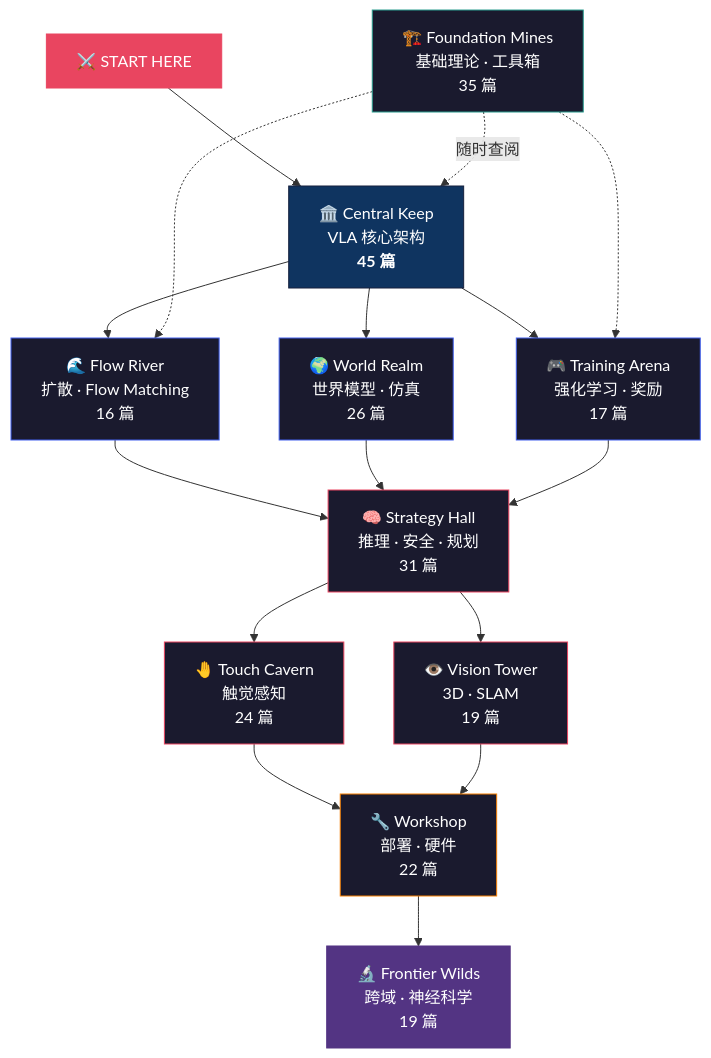
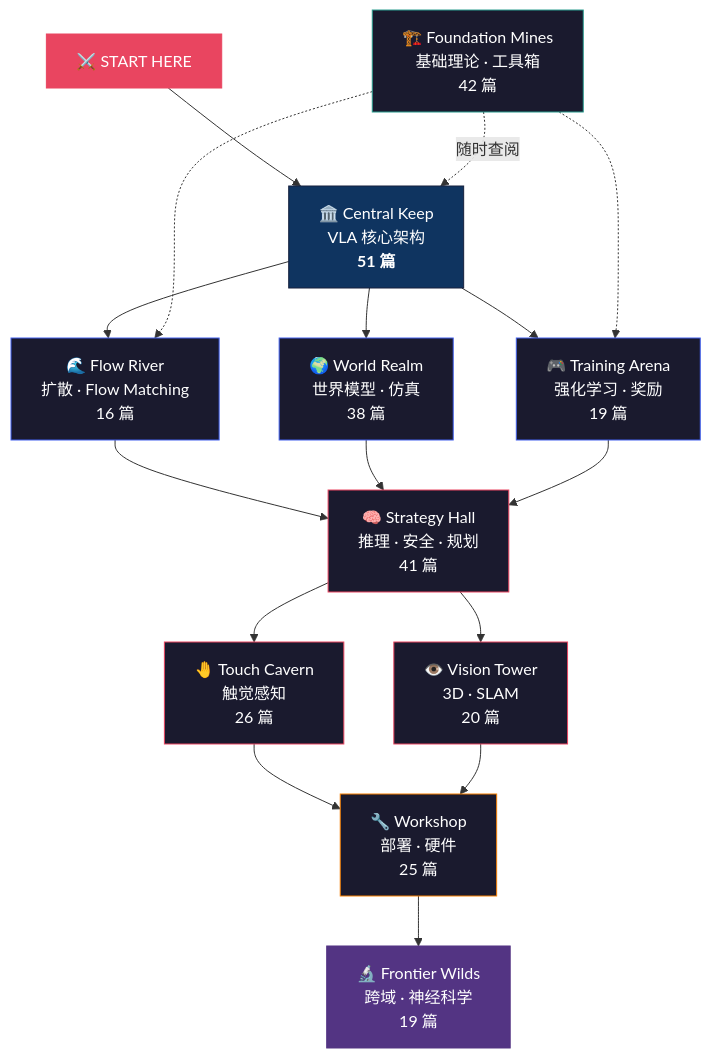
One commit to sou350121/VLA-Handbook changed the diagram in theory/README.md. Above: the diagram before and after it, drawn with Mermaid. The commit also changed other lines of this file, not shown here.

````diff
--- a/theory/README.md
+++ b/theory/README.md
@@ -27,36 +27,36 @@
 ```mermaid
 graph TD
-    START["⚔️ START HERE"] --> CORE["🏛️ Central Keep<br/>VLA 核心架构<br/><b>45 篇</b>"]
+    START["⚔️ START HERE"] --> CORE["🏛️ Central Keep<br/>VLA 核心架构<br/><b>51 篇</b>"]
 
     CORE --> FLOW["🌊 Flow River<br/>扩散 · Flow Matching<br/>16 篇"]
-    CORE --> WORLD["🌍 World Realm<br/>世界模型 · 仿真<br/>26 篇"]
-    CORE --> RL["🎮 Training Arena<br/>强化学习 · 奖励<br/>17 篇"]
+    CORE --> WORLD["🌍 World Realm<br/>世界模型 · 仿真<br/>38 篇"]
+    CORE --> RL["🎮 Training Arena<br/>强化学习 · 奖励<br/>19 篇"]
 
-    FLOW --> PLAN["🧠 Strategy Hall<br/>推理 · 安全 · 规划<br/>31 篇"]
+    FLOW --> PLAN["🧠 Strategy Hall<br/>推理 · 安全 · 规划<br/>41 篇"]
     WORLD --> PLAN
     RL --> PLAN
 
-    PLAN --> TOUCH["🤚 Touch Cavern<br/>触觉感知<br/>24 篇"]
-    PLAN --> EYE["👁️ Vision Tower<br/>3D · SLAM<br/>19 篇"]
+    PLAN --> TOUCH["🤚 Touch Cavern<br/>触觉感知<br/>26 篇"]
+    PLAN --> EYE["👁️ Vision Tower<br/>3D · SLAM<br/>20 篇"]
 
-    TOUCH --> DEPLOY["🔧 Workshop<br/>部署 · 硬件<br/>22 篇"]
+    TOUCH --> DEPLOY["🔧 Workshop<br/>部署 · 硬件<br/>25 篇"]
     EYE --> DEPLOY
 
     DEPLOY --> FRONTIER["🔬 Frontier Wilds<br/>跨域 · 神经科学<br/>19 篇"]
 
-    FOUND["🏗️ Foundation Mines<br/>基础理论 · 工具箱<br/>35 篇"] -.->|随时查阅| CORE
+    FOUND["🏗️ Foundation Mines<br/>基础理论 · 工具箱<br/>42 篇"] -.->|随时查阅| CORE
     FOUND -.-> FLOW
     FOUND -.-> RL
 
     style START fill:#e94560,stroke:#e94560,color:#fff
     style CORE fill:#0f3460,stroke:#16213e,color:#fff
     style FLOW fill:#1a1a2e,stroke:#4361ee,color:#fff
     style WORLD fill:#1a1a2e,stroke:#4361ee,color:#fff
     style RL fill:#1a1a2e,stroke:#4361ee,color:#fff
     style PLAN fill:#1a1a2e,stroke:#e94560,color:#fff
     style TOUCH fill:#1a1a2e,stroke:#e94560,color:#fff
     style EYE fill:#1a1a2e,stroke:#e94560,color:#fff
     style DEPLOY fill:#1a1a2e,stroke:#f77f00,color:#fff
     style FRONTIER fill:#533483,stroke:#533483,color:#fff
     style FOUND fill:#1a1a2e,stroke:#2a9d8f,color:#fff
 ```
````
